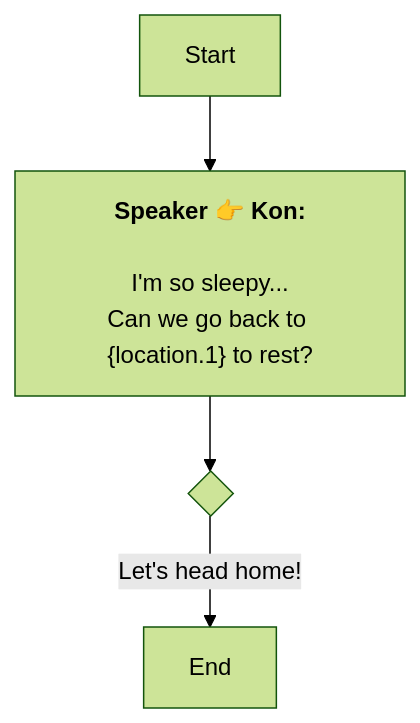
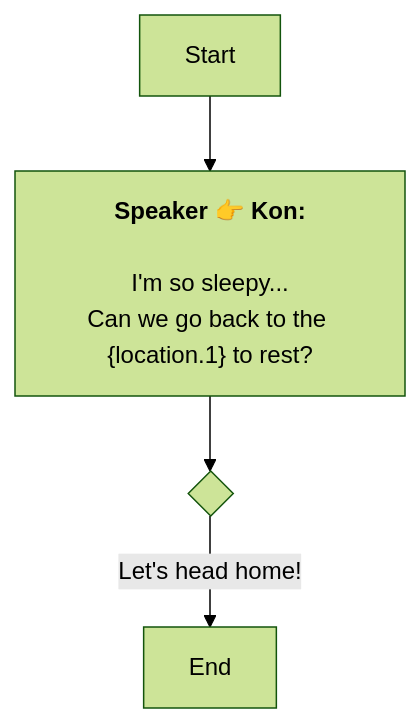
The diagram in En/QuestStartTalkENode_1738987991274692.md (SoftHu/tos_avg), drawn with Mermaid (forest theme) before and after one commit. The commit also changed 297 other files, not shown here.

````diff
--- a/En/QuestStartTalkENode_1738987991274692.md
+++ b/En/QuestStartTalkENode_1738987991274692.md
@@ -1,10 +1,10 @@
 ```mermaid
 graph
 Start -->1738988898235718[<b>Speaker 👉 Kon:</b>
 
 I'm so sleepy...
-Can we go back to &lbrace;location.1&rbrace; to rest?]
+Can we go back to the &lbrace;location.1&rbrace; to rest?]
 1738988898235718 -->1738989446760775{ }
 1738989446760775 -->|Let's head home!|1738989481110860[End]
 
  ```
````
